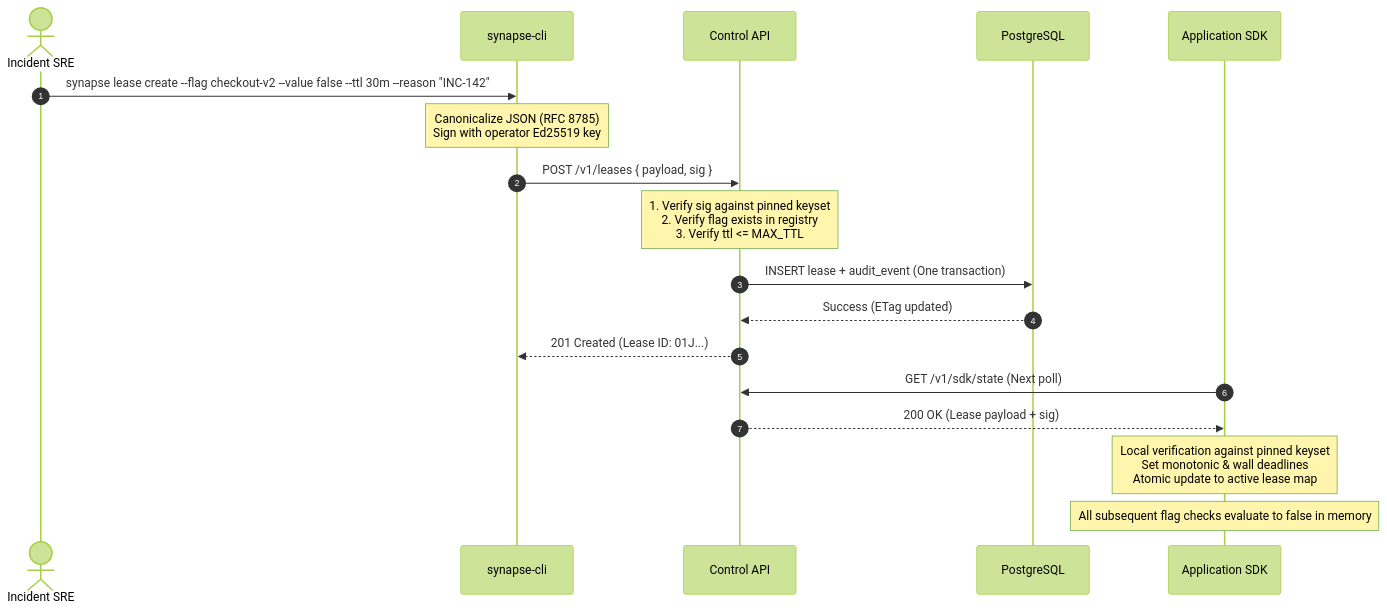
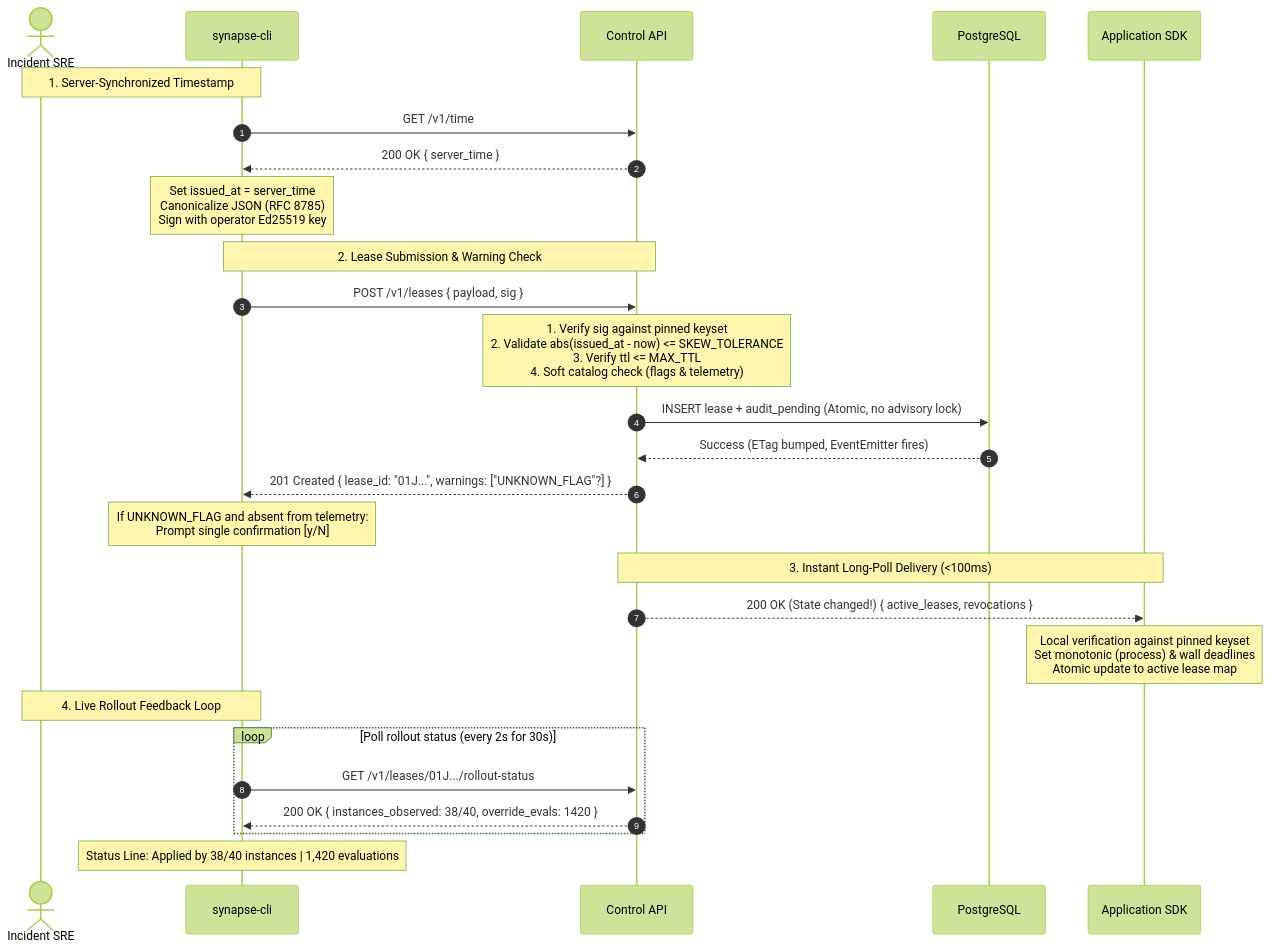
The second of 4 diagrams in docs/ARCHITECTURE.md (adityapawar112/SynapseState), drawn with Mermaid (forest theme) before and after one commit. The commit also changed other lines of this file and 25 other files, not shown here.

First line of the commit message:
docs: harden architecture, adopt operational simplifications, and consolidate ADR suite

````diff
--- a/docs/ARCHITECTURE.md
+++ b/docs/ARCHITECTURE.md
@@ -170,22 +182,34 @@
 ```mermaid
 sequenceDiagram
     autonumber
     actor SRE as Incident SRE
     participant CLI as synapse-cli
     participant API as Control API
     participant PG as PostgreSQL
     participant SDK as Application SDK
 
-    SRE->>CLI: synapse lease create --flag checkout-v2 --value false --ttl 30m --reason "INC-142"
-    Note over CLI: Canonicalize JSON (RFC 8785)<br/>Sign with operator Ed25519 key
+    Note over SRE, CLI: 1. Server-Synchronized Timestamp
+    CLI->>API: GET /v1/time
+    API-->>CLI: 200 OK { server_time }
+    Note over CLI: Set issued_at = server_time<br/>Canonicalize JSON (RFC 8785)<br/>Sign with operator Ed25519 key
+
+    Note over CLI, API: 2. Lease Submission & Warning Check
     CLI->>API: POST /v1/leases { payload, sig }
-    Note over API: 1. Verify sig against pinned keyset<br/>2. Verify flag exists in registry<br/>3. Verify ttl <= MAX_TTL
-    API->>PG: INSERT lease + audit_event (One transaction)
-    PG-->>API: Success (ETag updated)
-    API-->>CLI: 201 Created (Lease ID: 01J...)
+    Note over API: 1. Verify sig against pinned keyset<br/>2. Validate abs(issued_at - now) <= SKEW_TOLERANCE<br/>3. Verify ttl <= MAX_TTL<br/>4. Soft catalog check (flags & telemetry)
+    API->>PG: INSERT lease + audit_pending (Atomic, no advisory lock)
+    PG-->>API: Success (ETag bumped, EventEmitter fires)
+    API-->>CLI: 201 Created { lease_id: "01J...", warnings: ["UNKNOWN_FLAG"?] }
     
-    SDK->>API: GET /v1/sdk/state (Next poll)
-    API-->>SDK: 200 OK (Lease payload + sig)
-    Note over SDK: Local verification against pinned keyset<br/>Set monotonic & wall deadlines<br/>Atomic update to active lease map
-    Note over SDK: All subsequent flag checks evaluate to false in memory
+    Note over CLI: If UNKNOWN_FLAG and absent from telemetry:<br/>Prompt single confirmation [y/N]
+
+    Note over API, SDK: 3. Instant Long-Poll Delivery (<100ms)
+    API-->>SDK: 200 OK (State changed!) { active_leases, revocations }
+    Note over SDK: Local verification against pinned keyset<br/>Set monotonic (process) & wall deadlines<br/>Atomic update to active lease map
+
+    Note over SRE, CLI: 4. Live Rollout Feedback Loop
+    loop Poll rollout status (every 2s for 30s)
+        CLI->>API: GET /v1/leases/01J.../rollout-status
+        API-->>CLI: 200 OK { instances_observed: 38/40, override_evals: 1420 }
+    end
+    Note over CLI: Status Line: Applied by 38/40 instances | 1,420 evaluations
 ```
````
